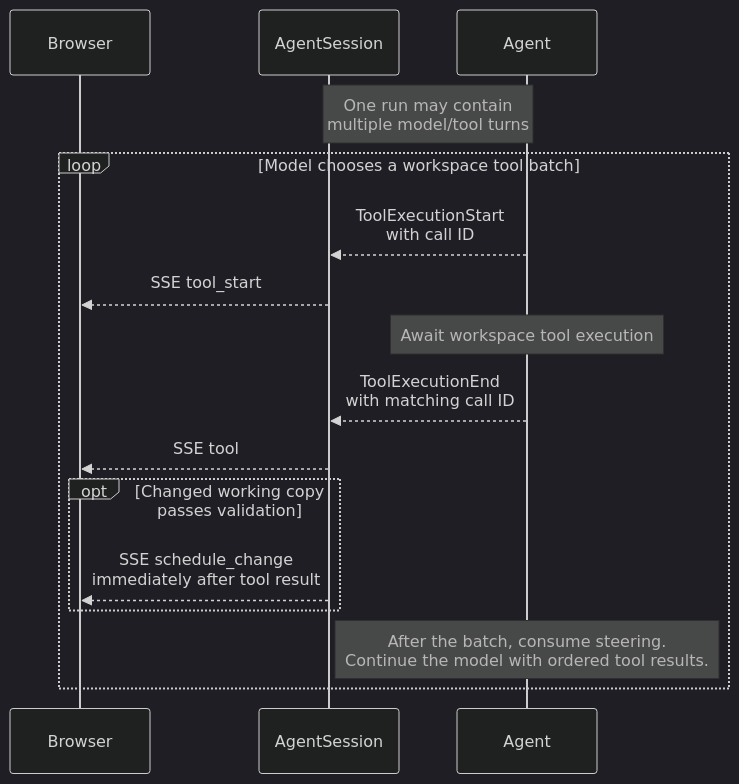
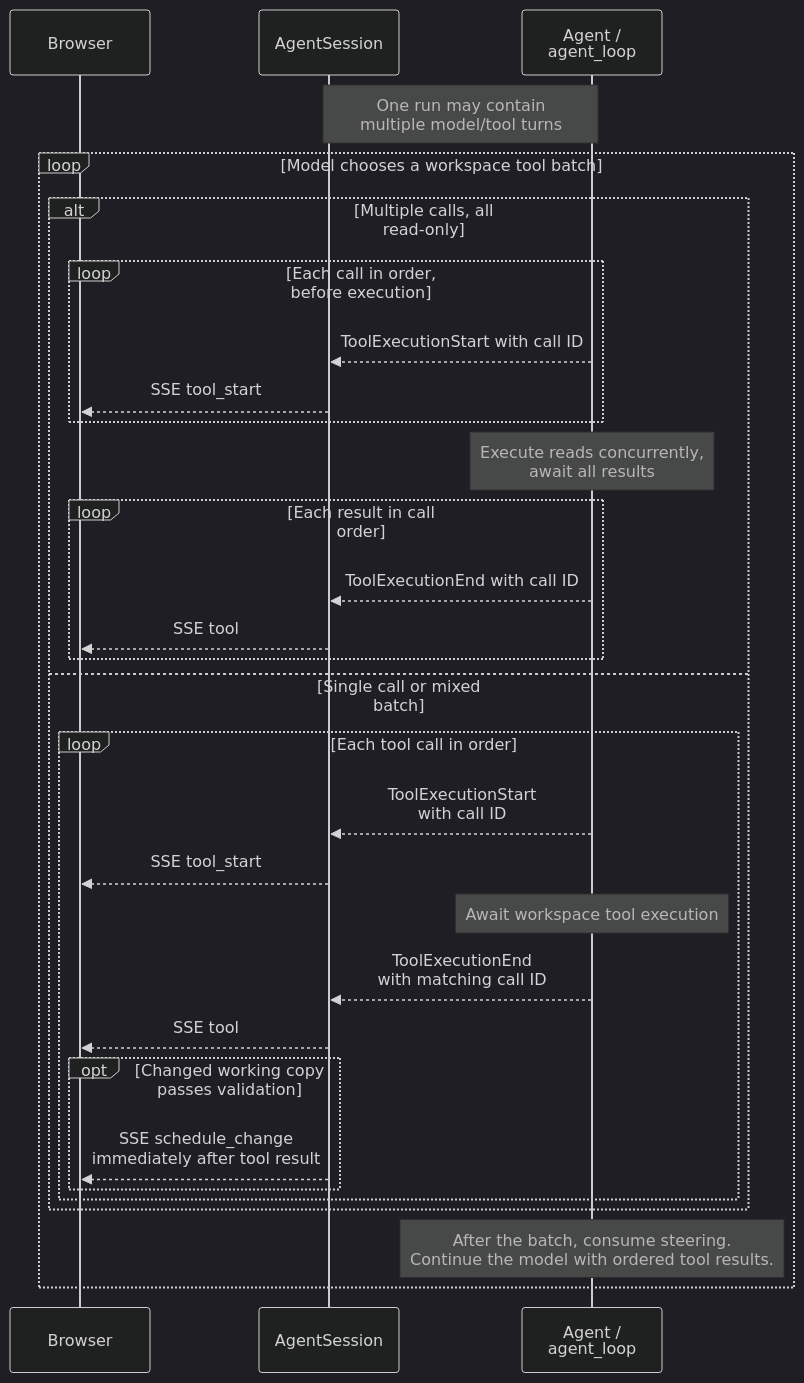
The eighth of 14 diagrams in docs/content/developer-guide/ai-assistant.md (j3soon/nurse-scheduling), drawn with Mermaid (dark theme) before and after one commit. The commit also changed other lines of this file and 1 other file, not shown here.

First line of the commit message:
docs(ai): clarify runtime flow and diagram relationships

````diff
--- a/docs/content/developer-guide/ai-assistant.md
+++ b/docs/content/developer-guide/ai-assistant.md
@@ -414,30 +354,44 @@
 ```mermaid
 ---
 config:
   sequence:
     actorMargin: 12
     width: 140
     diagramMarginX: 4
     diagramMarginY: 8
     wrap: false
     wrapPadding: 4
 ---
 sequenceDiagram
     participant Browser
     participant Session as AgentSession
-    participant Agent
+    participant Agent as Agent /<br/>agent_loop
 
     Note over Session,Agent: One run may contain<br/>multiple model/tool turns
     loop Model chooses a workspace tool batch
-        Agent-->>Session: ToolExecutionStart<br/>with call ID
-        Session-->>Browser: SSE tool_start
-        Note over Agent: Await workspace tool execution
-        Agent-->>Session: ToolExecutionEnd<br/>with matching call ID
-        Session-->>Browser: SSE tool
-        opt Changed working copy passes validation
-            Session-->>Browser: SSE schedule_change<br/>immediately after tool result
+        alt Multiple calls, all read-only
+            loop Each call in order, before execution
+                Agent-->>Session: ToolExecutionStart with call ID
+                Session-->>Browser: SSE tool_start
+            end
+            Note over Agent: Execute reads concurrently,<br/>await all results
+            loop Each result in call order
+                Agent-->>Session: ToolExecutionEnd with call ID
+                Session-->>Browser: SSE tool
+            end
+        else Single call or mixed batch
+            loop Each tool call in order
+                Agent-->>Session: ToolExecutionStart<br/>with call ID
+                Session-->>Browser: SSE tool_start
+                Note over Agent: Await workspace tool execution
+                Agent-->>Session: ToolExecutionEnd<br/>with matching call ID
+                Session-->>Browser: SSE tool
+                opt Changed working copy passes validation
+                    Session-->>Browser: SSE schedule_change<br/>immediately after tool result
+                end
+            end
         end
         Note over Agent: After the batch, consume steering.<br/>Continue the model with ordered tool results.
     end
 
 ```
````
